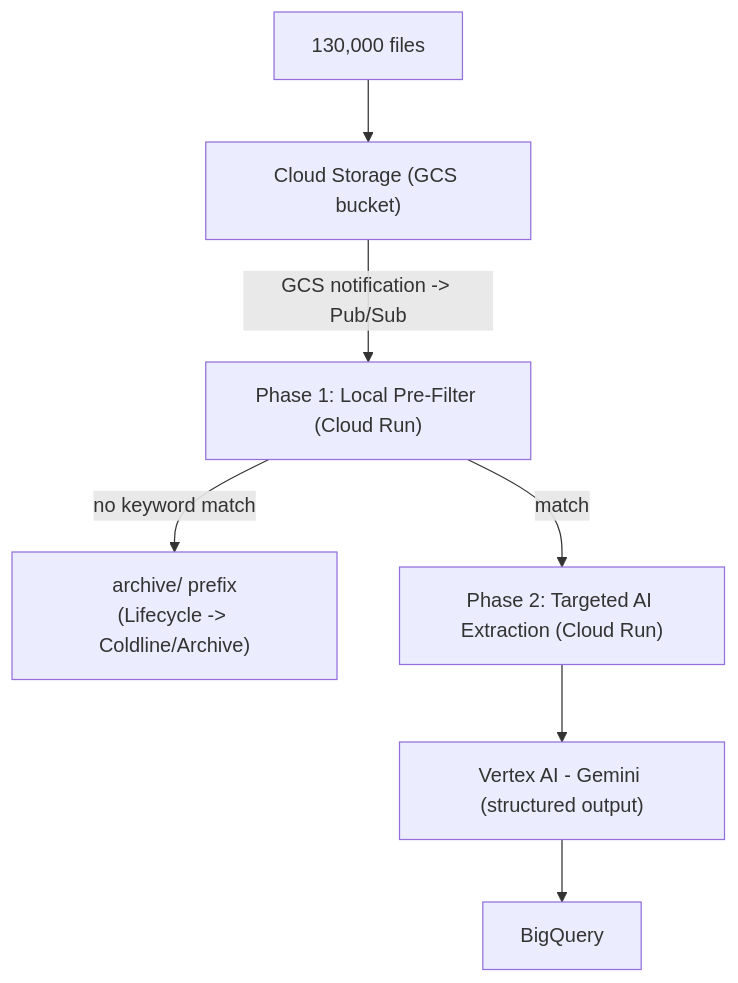
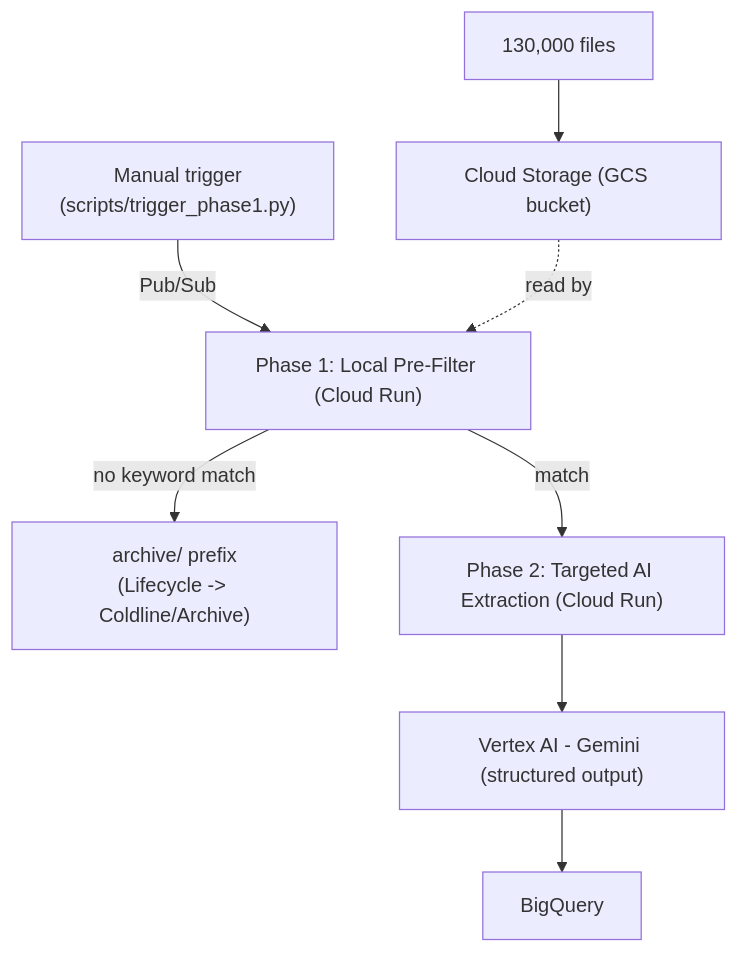
Before and after one commit to marceloamoraes/switchb-plan: the diagram in README.md, drawn with Mermaid. The commit also changed other lines of this file and 4 other files, not shown here.

First line of the commit message:
Replace automatic GCS upload trigger with a manual trigger script

````diff
--- a/README.md
+++ b/README.md
@@ -12,9 +16,10 @@
 ```mermaid
 flowchart TD
     A["130,000 files"] --> B["Cloud Storage (GCS bucket)"]
-    B -- "GCS notification -> Pub/Sub" --> C["Phase 1: Local Pre-Filter (Cloud Run)"]
+    T["Manual trigger\n(scripts/trigger_phase1.py)"] -- "Pub/Sub" --> C["Phase 1: Local Pre-Filter (Cloud Run)"]
+    B -.->|"read by"| C
     C -->|"no keyword match"| D["archive/ prefix\n(Lifecycle -> Coldline/Archive)"]
     C -->|"match"| E["Phase 2: Targeted AI Extraction (Cloud Run)"]
     E --> F["Vertex AI - Gemini (structured output)"]
     F --> G["BigQuery"]
 ```
````
